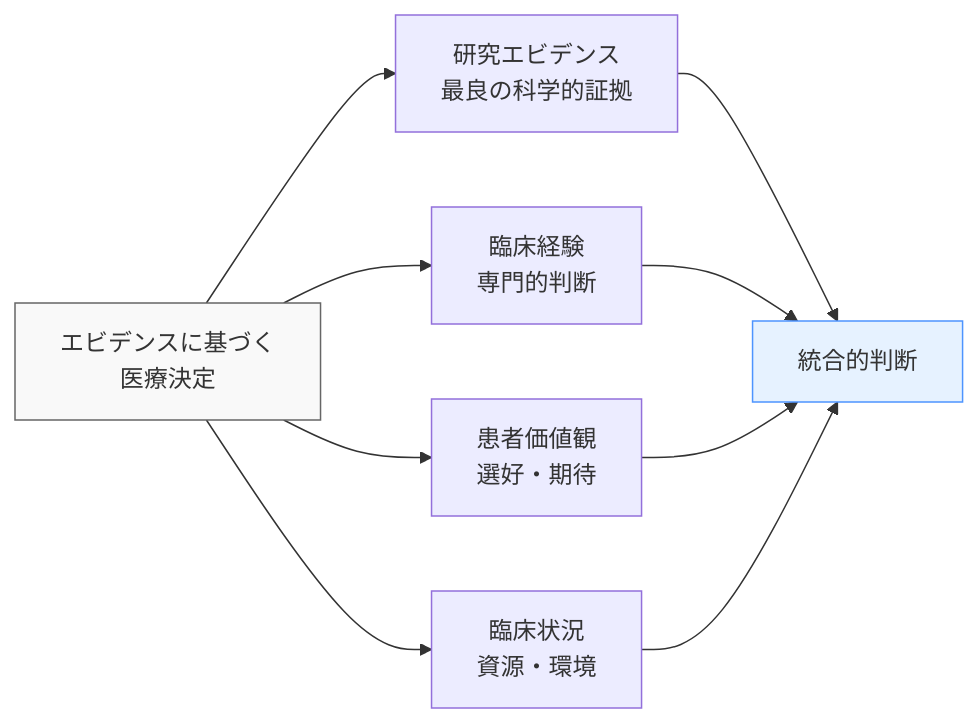
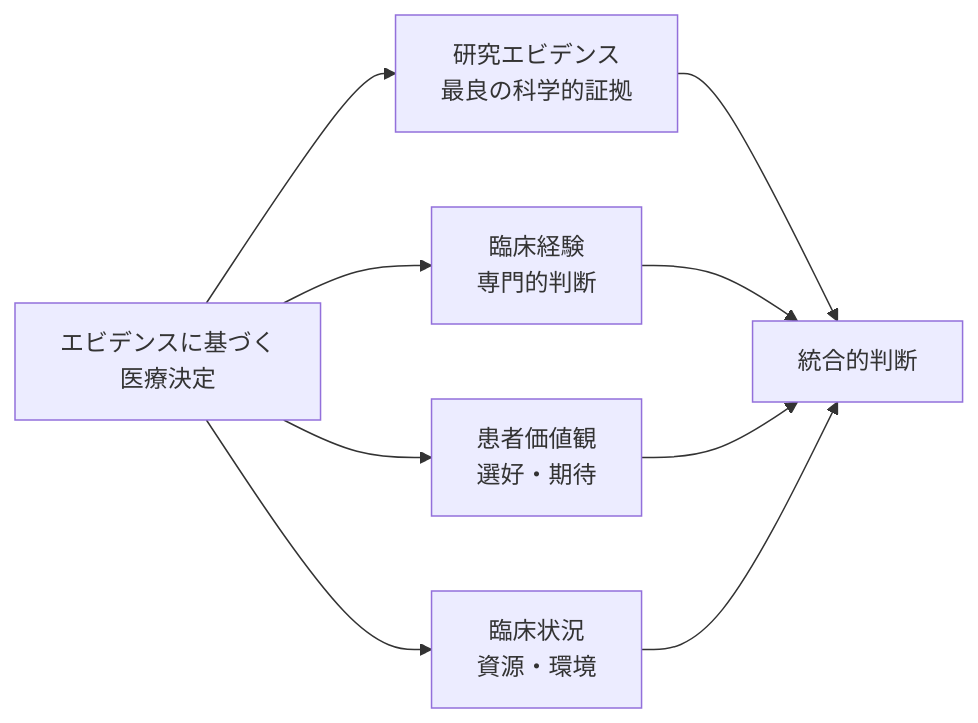
One commit to shuji-bonji/Situational-Awareness-and-Decision-Making changed the second of 11 diagrams in docs/applications/medical-dm.md. Above: the diagram before and after it, drawn with Mermaid. The commit also changed other lines of this file and 49 other files, not shown here.

Commit message:
fix: ダークモードで見づらい図の色の変更

````diff
--- a/docs/applications/medical-dm.md
+++ b/docs/applications/medical-dm.md
@@ -64,15 +64,15 @@
     ```mermaid
     graph LR
         A[エビデンスに基づく<br>医療決定] --> B[研究エビデンス<br>最良の科学的証拠]
         A --> C[臨床経験<br>専門的判断]
         A --> D[患者価値観<br>選好・期待]
         A --> E[臨床状況<br>資源・環境]
         
         B --> F[統合的判断]
         C --> F
         D --> F
         E --> F
         
-        style A fill:#f9f9f9,stroke:#666
-        style F fill:#e6f2ff,stroke:#4d94ff
+    
+    
     ```
````
